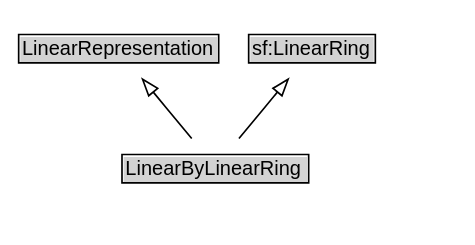
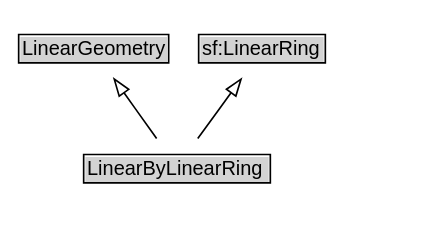
Before and after one commit to ISO-TC204/ontology-its-location-v1: the diagram in docs/diagrams/LinearByLinearRing.dot, drawn with Graphviz. The commit also changed 400 other files, not shown here.

```diff
--- a/docs/diagrams/LinearByLinearRing.dot
+++ b/docs/diagrams/LinearByLinearRing.dot
@@ -1,21 +1,21 @@
 // Diagram for LinearByLinearRing
 digraph {
 	graph [overlap=false rankdir=TB splines=true]
 	node [fontname=Arial fontsize=12 margin=0 shape=none]
 	edge [fontname=Arial fontsize=11]
 	{
 		rank=source
-		LinearRepresentation [label=<<TABLE BORDER="1" CELLBORDER="0" CELLSPACING="0" CELLPADDING="1"><TR><TD BGCOLOR="lightgray" ALIGN="CENTER">LinearRepresentation</TD></TR></TABLE>> URL="../LinearRepresentation" margin=0]
+		LinearGeometry [label=<<TABLE BORDER="1" CELLBORDER="0" CELLSPACING="0" CELLPADDING="1"><TR><TD BGCOLOR="lightgray" ALIGN="CENTER">LinearGeometry</TD></TR></TABLE>> URL="../LinearGeometry" margin=0]
 		sf_LinearRing [label=<<TABLE BORDER="1" CELLBORDER="0" CELLSPACING="0" CELLPADDING="1"><TR><TD BGCOLOR="lightgray" ALIGN="CENTER">sf:LinearRing</TD></TR></TABLE>> URL="https://w3id.org/citydata/imported/sf/latest/LinearRing" margin=0]
 	}
 	LinearByLinearRing [label=<<TABLE BORDER="1" CELLBORDER="0" CELLSPACING="0" CELLPADDING="1"><TR><TD BGCOLOR="lightgray" ALIGN="CENTER">LinearByLinearRing</TD></TR></TABLE>> URL="../LinearByLinearRing" margin=0]
 	{
 		rank=max
 	}
 	subgraph cluster_associated {
 		label="" style=invis
 		Invis [label=<<TABLE BORDER="0" CELLBORDER="0" CELLSPACING="0" CELLPADDING="1"><TR><TD></TD></TR></TABLE>> margin=0 style=invis]
 	}
-	LinearByLinearRing -> LinearRepresentation [arrowhead=onormal style=solid]
+	LinearByLinearRing -> LinearGeometry [arrowhead=onormal style=solid]
 	LinearByLinearRing -> sf_LinearRing [arrowhead=onormal style=solid]
 }
```
